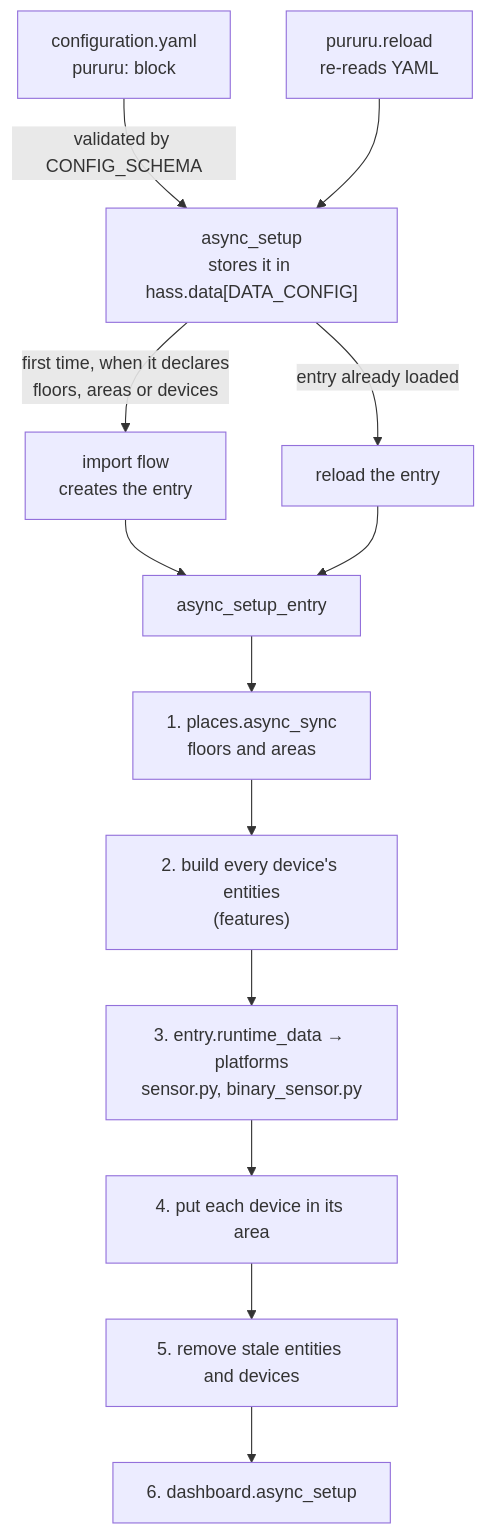
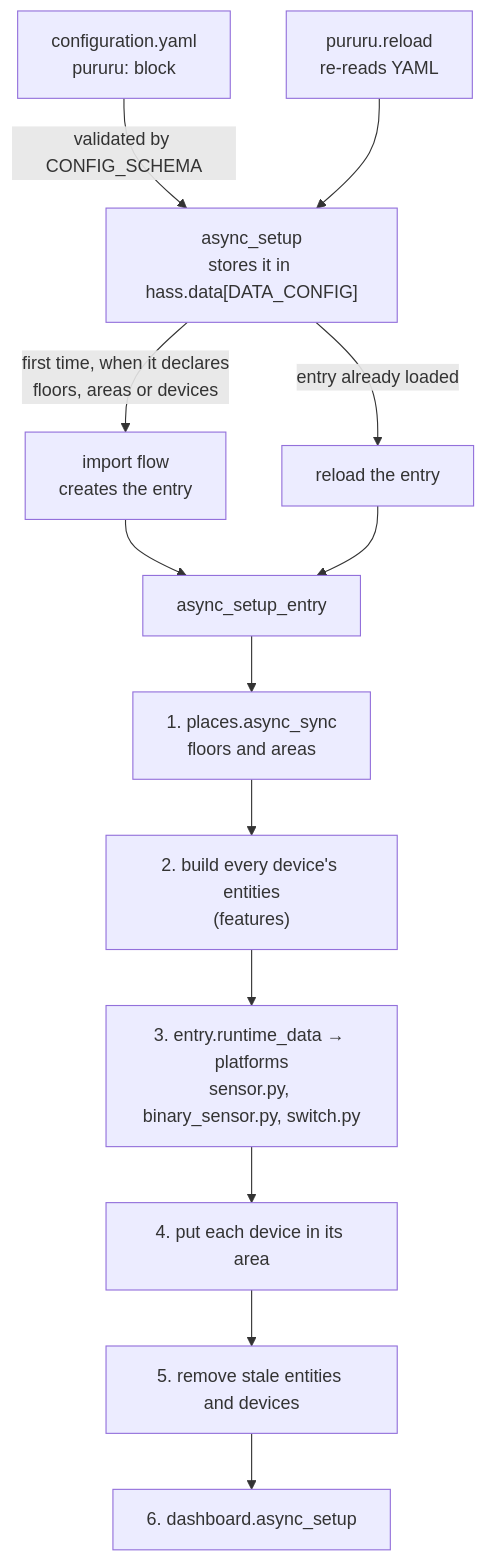
One commit to thatsnotmynameio/pururu-ha changed the diagram in docs/develop/architecture.mdx. Above: the diagram before and after it, drawn with Mermaid. The commit also changed other lines of this file and 25 other files, not shown here.

````diff
--- a/docs/develop/architecture.mdx
+++ b/docs/develop/architecture.mdx
@@ -10,15 +10,15 @@
 ```mermaid
 flowchart TD
     Y["configuration.yaml<br/>pururu: block"] -->|"validated by CONFIG_SCHEMA"| S["async_setup<br/>stores it in hass.data[DATA_CONFIG]"]
     S -->|"first time, when it declares<br/>floors, areas or devices"| F["import flow<br/>creates the entry"]
     S -->|"entry already loaded"| R["reload the entry"]
     F --> E
     R --> E
     RS["pururu.reload<br/>re-reads YAML"] --> S
     E["async_setup_entry"] --> P1["1. places.async_sync<br/>floors and areas"]
     P1 --> P2["2. build every device's entities<br/>(features)"]
-    P2 --> P3["3. entry.runtime_data → platforms<br/>sensor.py, binary_sensor.py"]
+    P2 --> P3["3. entry.runtime_data → platforms<br/>sensor.py, binary_sensor.py, switch.py"]
     P3 --> P4["4. put each device in its area"]
     P4 --> P5["5. remove stale entities and devices"]
     P5 --> P6["6. dashboard.async_setup"]
 ```
````
